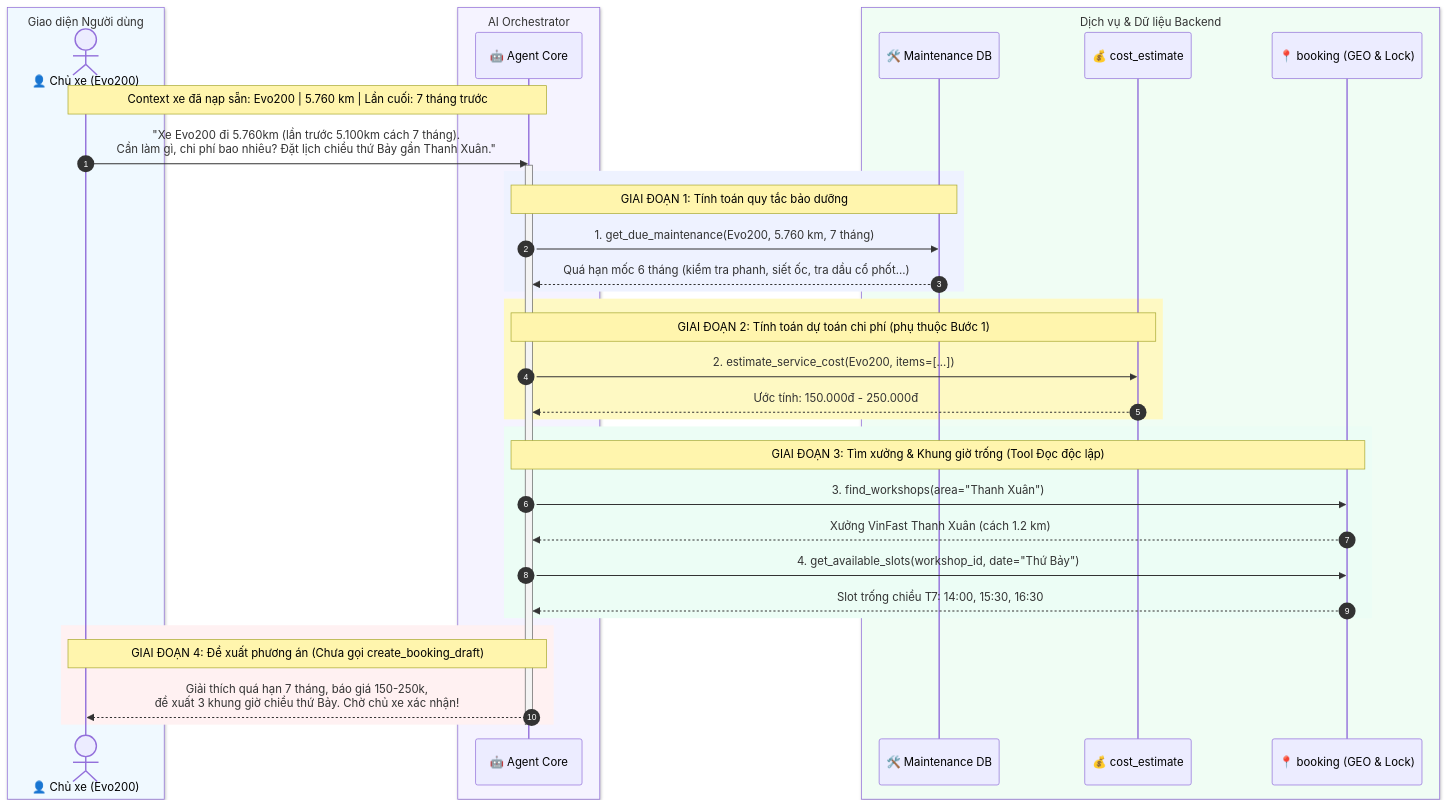
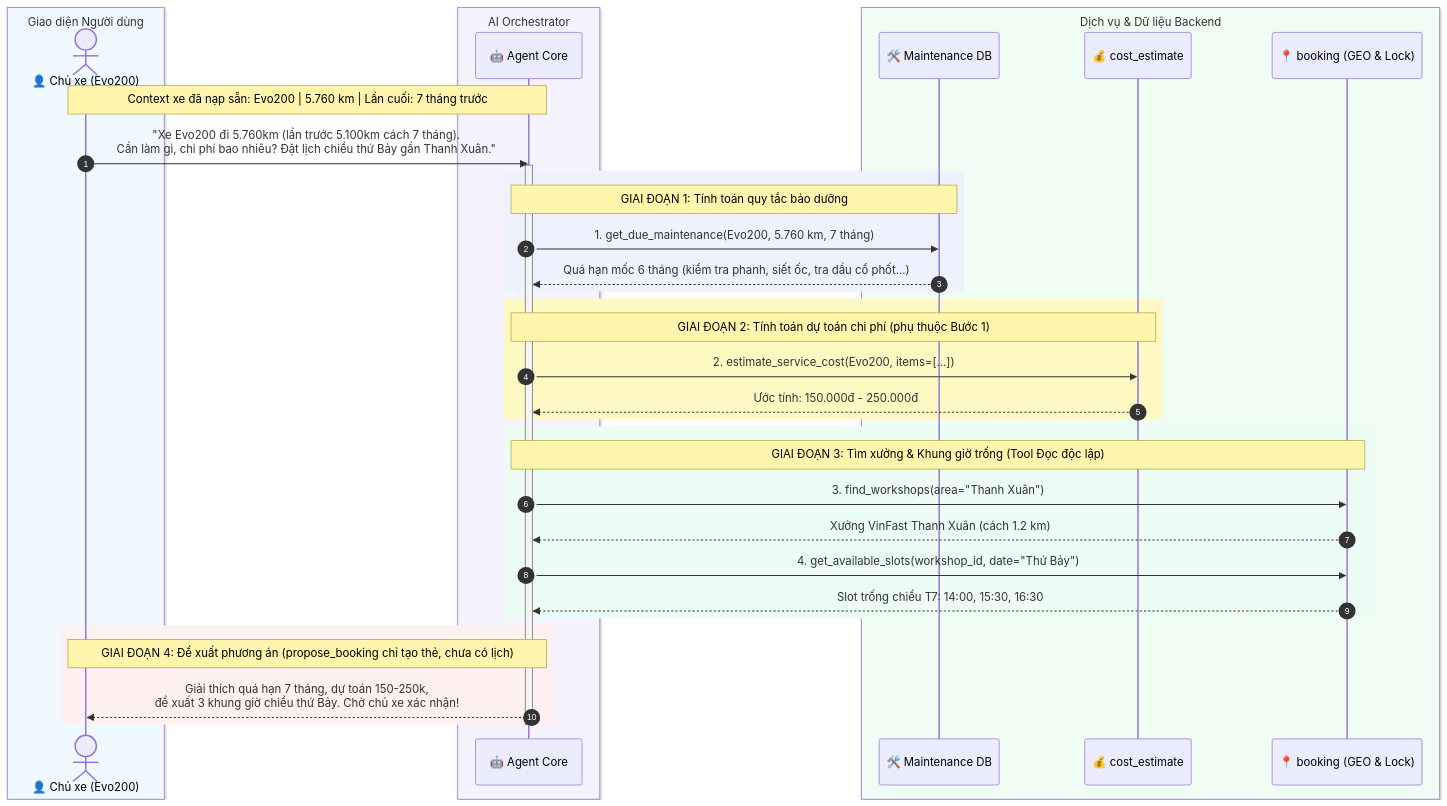
Before and after one commit to tungld9999blacksmith/mvp-40-days-deployments-team-146: the second of 2 diagrams in backend/src/agents/README.md, drawn with Mermaid. The commit also changed other lines of this file and 505 other files, not shown here.

````diff
--- a/backend/src/agents/README.md
+++ b/backend/src/agents/README.md
@@ -241,48 +244,48 @@
 ```mermaid
 sequenceDiagram
     autonumber
     
     box rgb(240, 249, 255) Giao diện Người dùng
         actor User as 👤 Chủ xe (Evo200)
     end
     
     box rgb(245, 243, 255) AI Orchestrator
         participant Agent as 🤖 Agent Core
     end
     
     box rgb(240, 253, 244) Dịch vụ & Dữ liệu Backend
         participant MaintDB as 🛠️ Maintenance DB
         participant CostSvc as 💰 cost_estimate
         participant BookSvc as 📍 booking (GEO & Lock)
     end
 
     Note over User,Agent: Context xe đã nạp sẵn: Evo200 | 5.760 km | Lần cuối: 7 tháng trước
     User->>Agent: "Xe Evo200 đi 5.760km (lần trước 5.100km cách 7 tháng).<br/>Cần làm gì, chi phí bao nhiêu? Đặt lịch chiều thứ Bảy gần Thanh Xuân."
     activate Agent
 
     rect rgb(238, 242, 255)
         Note over Agent,MaintDB: GIAI ĐOẠN 1: Tính toán quy tắc bảo dưỡng
         Agent->>MaintDB: 1. get_due_maintenance(Evo200, 5.760 km, 7 tháng)
         MaintDB-->>Agent: Quá hạn mốc 6 tháng (kiểm tra phanh, siết ốc, tra dầu cổ phốt...)
     end
 
     rect rgb(254, 249, 195)
         Note over Agent,CostSvc: GIAI ĐOẠN 2: Tính toán dự toán chi phí (phụ thuộc Bước 1)
         Agent->>CostSvc: 2. estimate_service_cost(Evo200, items=[...])
         CostSvc-->>Agent: Ước tính: 150.000đ - 250.000đ
     end
 
     rect rgb(236, 253, 245)
         Note over Agent,BookSvc: GIAI ĐOẠN 3: Tìm xưởng & Khung giờ trống (Tool Đọc độc lập)
         Agent->>BookSvc: 3. find_workshops(area="Thanh Xuân")
         BookSvc-->>Agent: Xưởng VinFast Thanh Xuân (cách 1.2 km)
         Agent->>BookSvc: 4. get_available_slots(workshop_id, date="Thứ Bảy")
         BookSvc-->>Agent: Slot trống chiều T7: 14:00, 15:30, 16:30
     end
 
     rect rgb(255, 241, 242)
-        Note over User,Agent: GIAI ĐOẠN 4: Đề xuất phương án (Chưa gọi create_booking_draft)
-        Agent-->>User: Giải thích quá hạn 7 tháng, báo giá 150-250k,<br/>đề xuất 3 khung giờ chiều thứ Bảy. Chờ chủ xe xác nhận!
+        Note over User,Agent: GIAI ĐOẠN 4: Đề xuất phương án (propose_booking chỉ tạo thẻ, chưa có lịch)
+        Agent-->>User: Giải thích quá hạn 7 tháng, dự toán 150-250k,<br/>đề xuất 3 khung giờ chiều thứ Bảy. Chờ chủ xe xác nhận!
     end
     deactivate Agent
 ```
````
